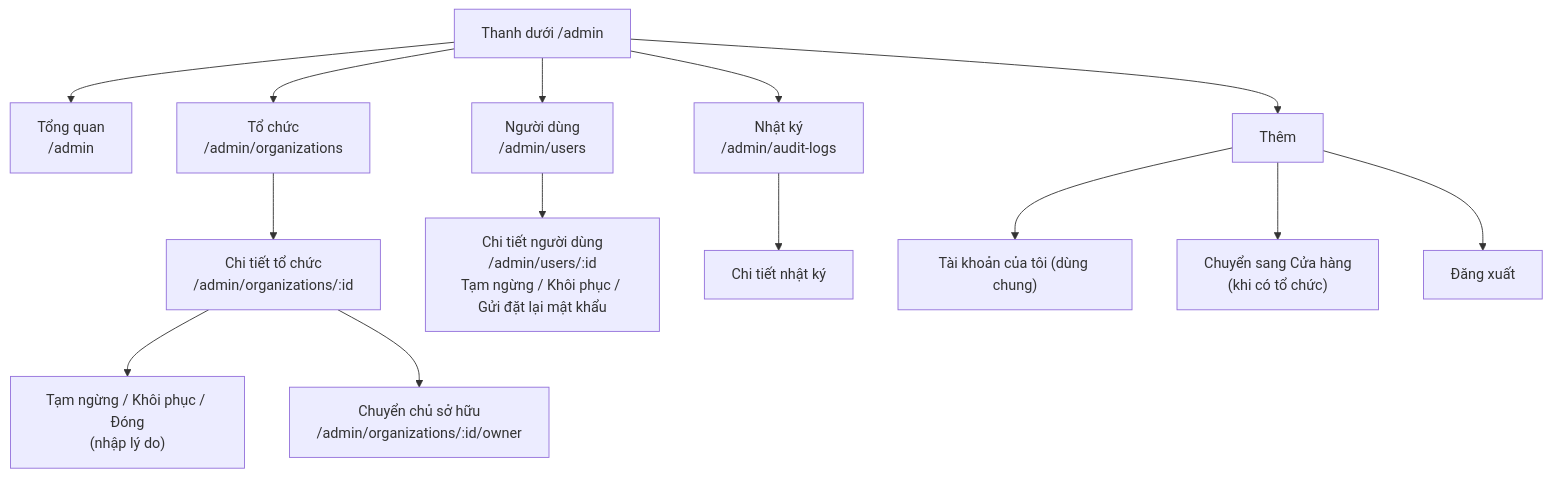
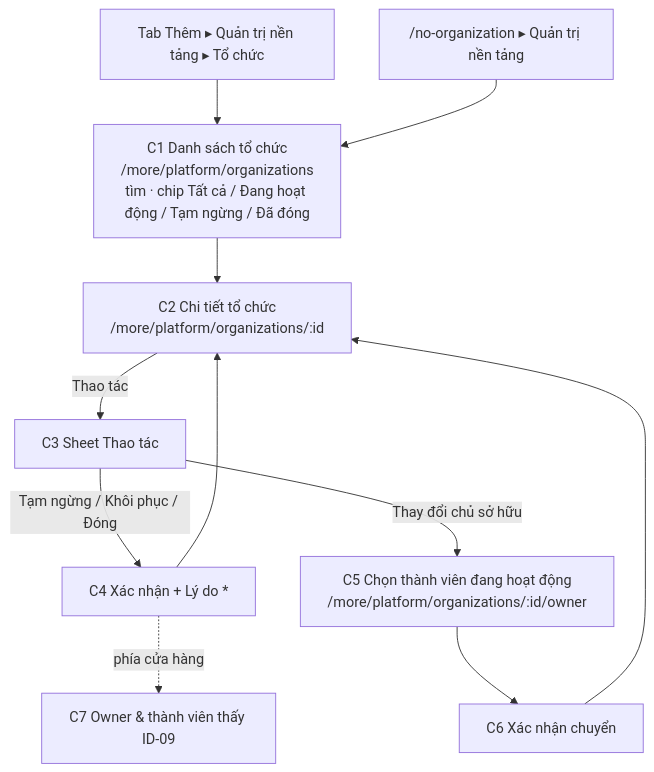
The fifth of 5 diagrams in docs/02-yeu-cau/LUONG-UNG-DUNG.md (DsChien102/erp-sales-inventory), drawn with Mermaid before and after one commit. The commit also changed other lines of this file and 5 other files, not shown here.

First line of the commit message:
docs: choose option A for platform admin (organization management in More tab)

````diff
--- a/docs/02-yeu-cau/LUONG-UNG-DUNG.md
+++ b/docs/02-yeu-cau/LUONG-UNG-DUNG.md
@@ -170,16 +133,13 @@
 ```mermaid
 flowchart TD
-  NAV["Thanh dưới /admin"] --> A1["Tổng quan<br/>/admin"]
-  NAV --> A2["Tổ chức<br/>/admin/organizations"]
-  NAV --> A3["Người dùng<br/>/admin/users"]
-  NAV --> A4["Nhật ký<br/>/admin/audit-logs"]
-  NAV --> A5["Thêm"]
-  A2 --> D["Chi tiết tổ chức<br/>/admin/organizations/:id"]
-  D --> D1["Tạm ngừng / Khôi phục / Đóng<br/>(nhập lý do)"]
-  D --> D2["Chuyển chủ sở hữu<br/>/admin/organizations/:id/owner"]
-  A3 --> UD["Chi tiết người dùng<br/>/admin/users/:id<br/>Tạm ngừng / Khôi phục / Gửi đặt lại mật khẩu"]
-  A4 --> LD["Chi tiết nhật ký"]
-  A5 --> X1["Tài khoản của tôi (dùng chung)"]
-  A5 --> X2["Chuyển sang Cửa hàng<br/>(khi có tổ chức)"]
-  A5 --> X3["Đăng xuất"]
+  IN1["Tab Thêm ▸ Quản trị nền tảng ▸ Tổ chức"] --> C1["C1 Danh sách tổ chức<br/>/more/platform/organizations<br/>tìm · chip Tất cả / Đang hoạt động / Tạm ngừng / Đã đóng"]
+  IN2["/no-organization ▸ Quản trị nền tảng"] --> C1
+  C1 --> C2["C2 Chi tiết tổ chức<br/>/more/platform/organizations/:id"]
+  C2 -->|"Thao tác"| C3["C3 Sheet Thao tác"]
+  C3 -->|"Tạm ngừng / Khôi phục / Đóng"| C4["C4 Xác nhận + Lý do *"]
+  C4 --> C2
+  C4 -.->|"phía cửa hàng"| C7["C7 Owner & thành viên thấy ID-09"]
+  C3 -->|"Thay đổi chủ sở hữu"| C5["C5 Chọn thành viên đang hoạt động<br/>/more/platform/organizations/:id/owner"]
+  C5 --> C6["C6 Xác nhận chuyển"]
+  C6 --> C2
 ```
````
